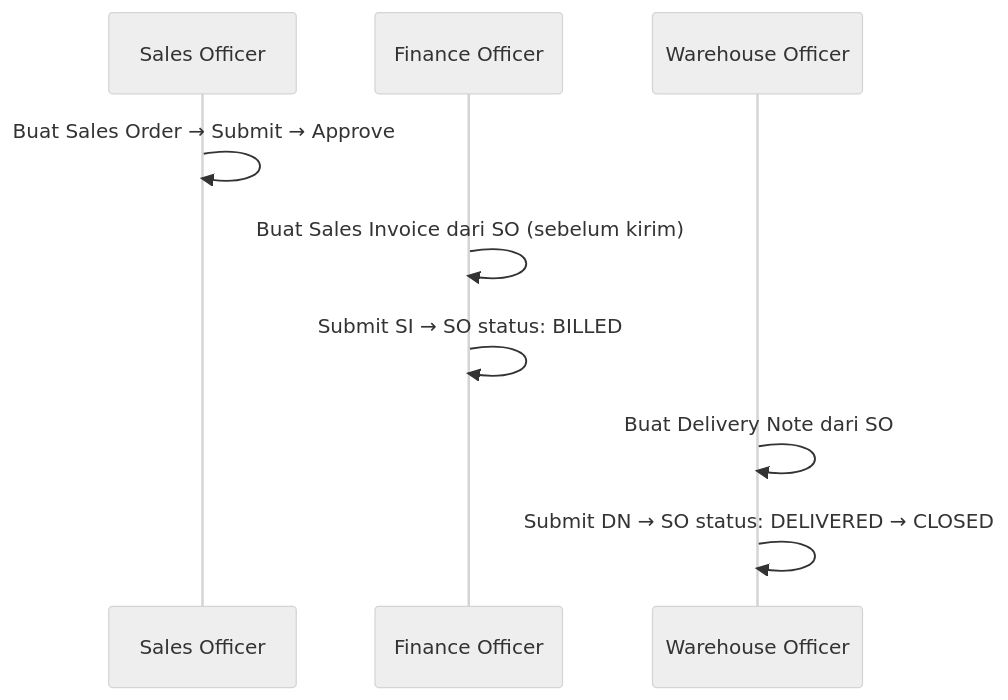
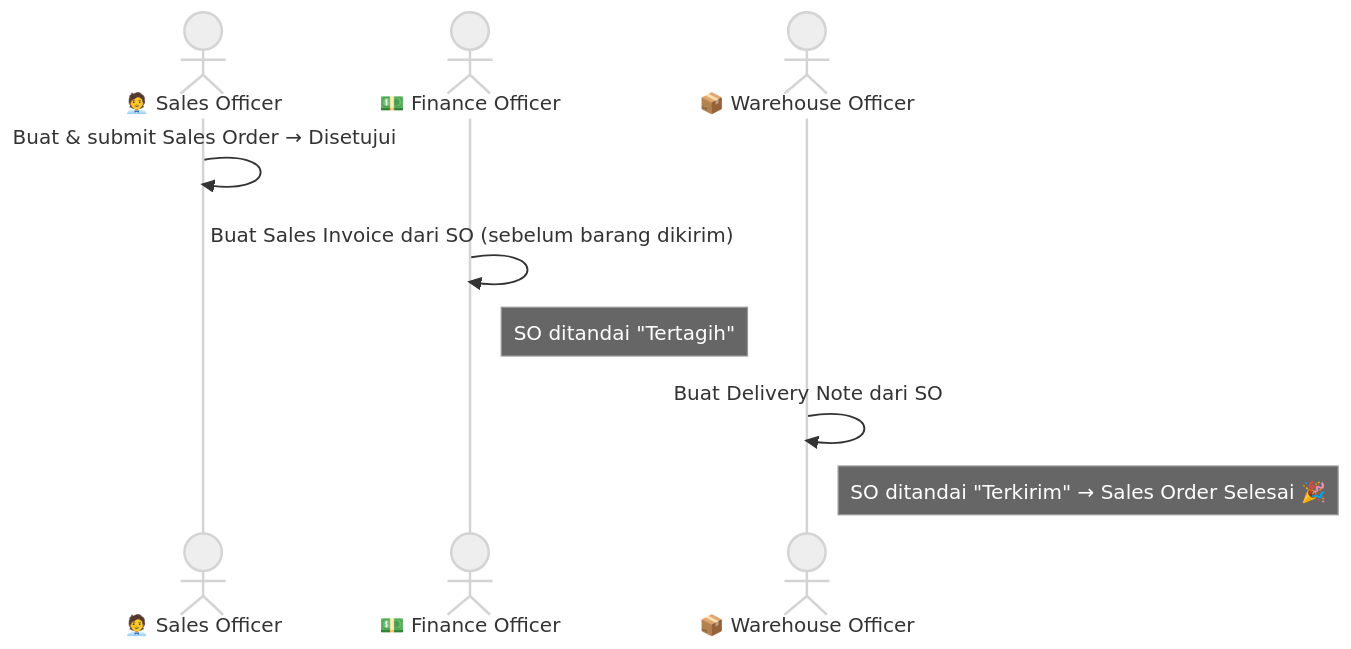
The fifth of 6 diagrams in docs/modules/sales.md (RimbunCode/erp_pataya), drawn with Mermaid (neutral theme) before and after one commit. The commit also changed other lines of this file and 14 other files, not shown here.

````diff
--- a/docs/modules/sales.md
+++ b/docs/modules/sales.md
@@ -372,12 +361,14 @@
 ```mermaid
 sequenceDiagram
-    participant S as Sales Officer
-    participant F as Finance Officer
-    participant W as Warehouse Officer
+    actor Sales as 🧑‍💼 Sales Officer
+    actor Finance as 💵 Finance Officer
+    actor Gudang as 📦 Warehouse Officer
 
-    S->>S: Buat Sales Order → Submit → Approve
-    F->>F: Buat Sales Invoice dari SO (sebelum kirim)
-    F->>F: Submit SI → SO status: BILLED
-    W->>W: Buat Delivery Note dari SO
-    W->>W: Submit DN → SO status: DELIVERED → CLOSED
+    Sales->>Sales: Buat & submit Sales Order → Disetujui
+
+    Finance->>Finance: Buat Sales Invoice dari SO (sebelum barang dikirim)
+    Note right of Finance: SO ditandai "Tertagih"
+
+    Gudang->>Gudang: Buat Delivery Note dari SO
+    Note right of Gudang: SO ditandai "Terkirim" → Sales Order Selesai 🎉
 ```
````
